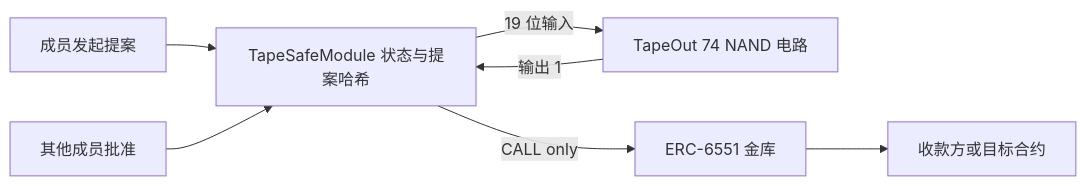
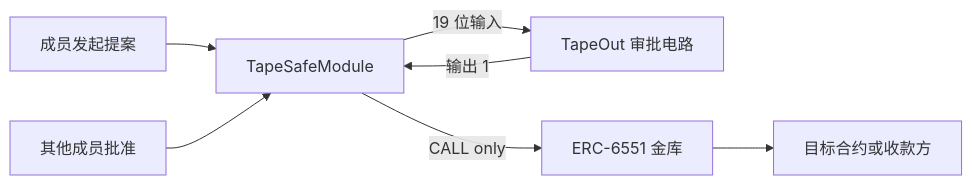
The diagram in README.md (kin684660-commits/TapeSafe), drawn with Mermaid before and after one commit. The commit also changed other lines of this file and 22 other files, not shown here.

````diff
--- a/README.md
+++ b/README.md
@@ -87,9 +69,9 @@
 ```mermaid
 flowchart LR
- A[成员发起提案] --> M[TapeSafeModule 状态与提案哈希]
+ A[成员发起提案] --> M[TapeSafeModule]
  B[其他成员批准] --> M
- M -->|19 位输入| C[TapeOut 74 NAND 电路]
+ M -->|19 位输入| C[TapeOut 审批电路]
  C -->|输出 1| M
  M -->|CALL only| V[ERC-6551 金库]
- V --> R[收款方或目标合约]
+ V --> R[目标合约或收款方]
 ```
````
